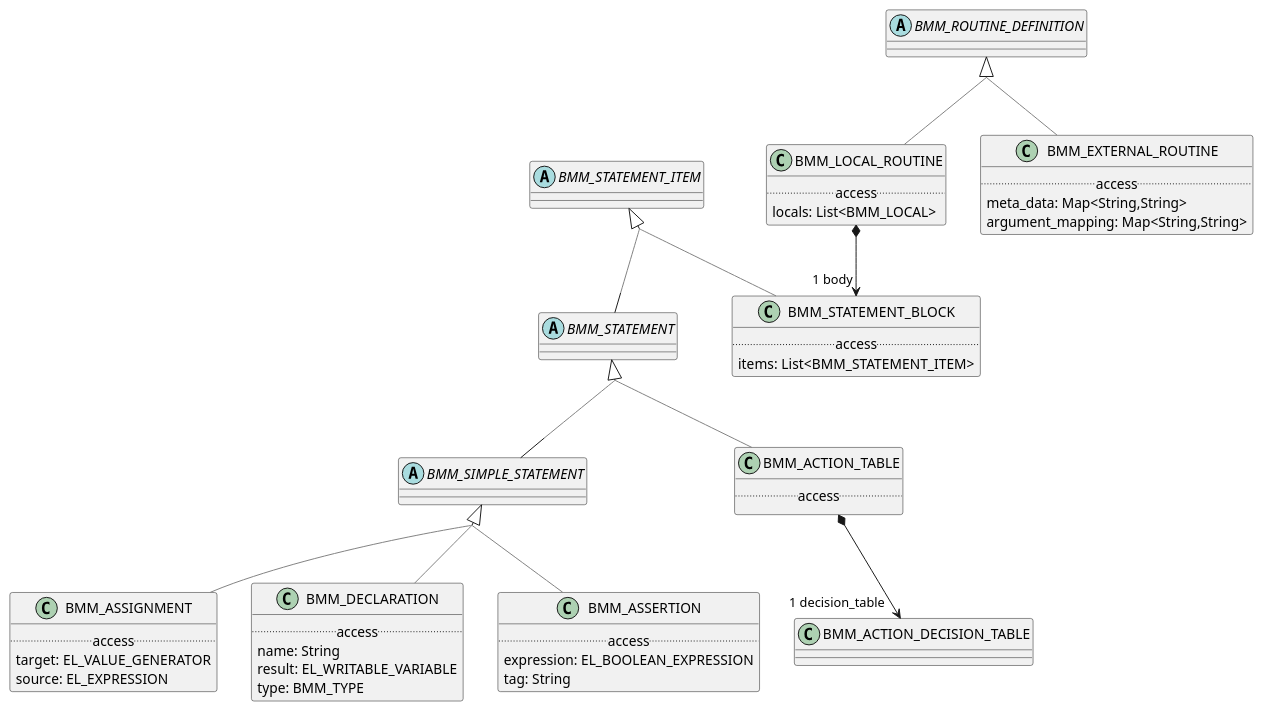
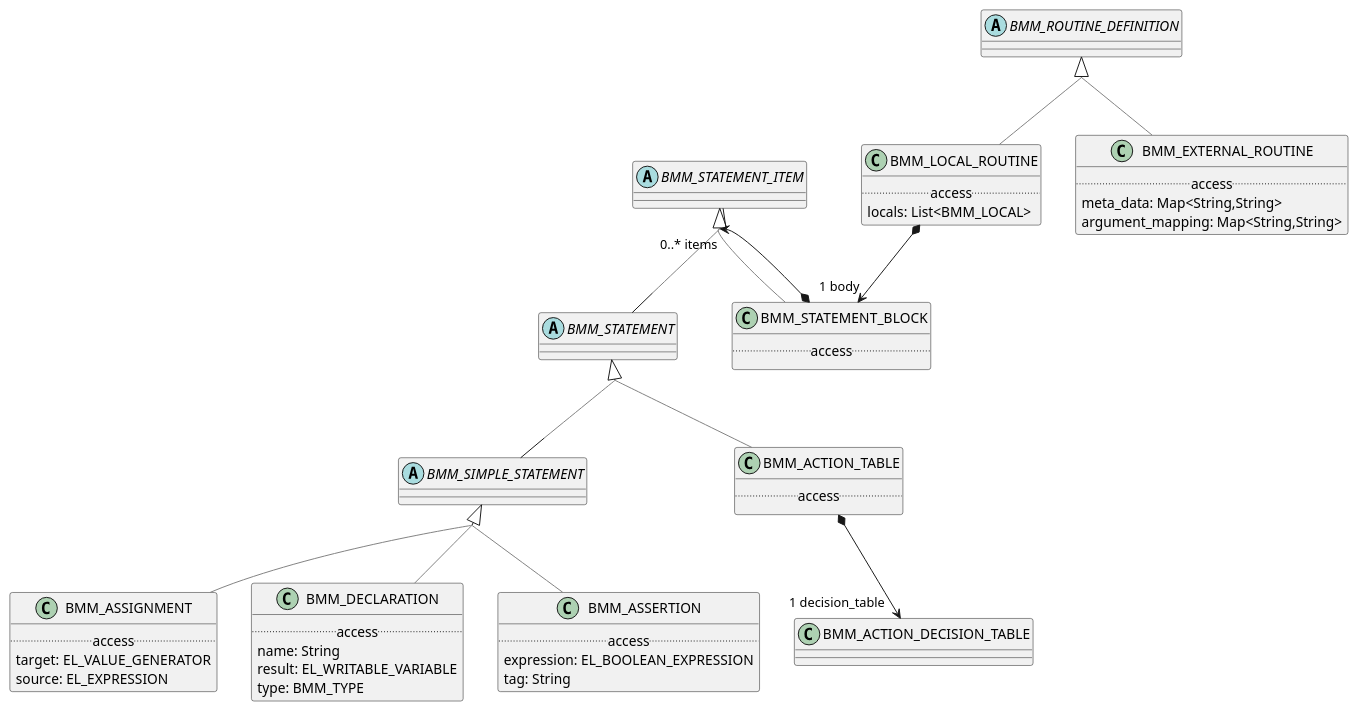
One commit to wolandscat/openehr-doc changed the diagram in modules/ROOT/examples/bmm/languages/bmm/bmm_model/statement/statement-package-uml.adoc. Above: the diagram before and after it, drawn with PlantUML. The commit also changed 26 other files, not shown here.

```diff
--- a/modules/ROOT/examples/bmm/languages/bmm/bmm_model/statement/statement-package-uml.adoc
+++ b/modules/ROOT/examples/bmm/languages/bmm/bmm_model/statement/statement-package-uml.adoc
@@ -84,11 +84,12 @@
 
 class BMM_STATEMENT_BLOCK [[/openehr-doc/latest/languages/bmm-gen.html#_class_bmm_statement_block]] {
         .. access ..
-        items: List<BMM_STATEMENT_ITEM>
 }
 
 BMM_STATEMENT_BLOCK -[#gray]up-|> BMM_STATEMENT_ITEM  
 
+
+BMM_STATEMENT_BLOCK *--> "0..* items" BMM_STATEMENT_ITEM
 
 class BMM_ACTION_DECISION_TABLE [[/openehr-doc/latest/languages/bmm-gen.html#_class_bmm_action_decision_table]] {
 }
```
